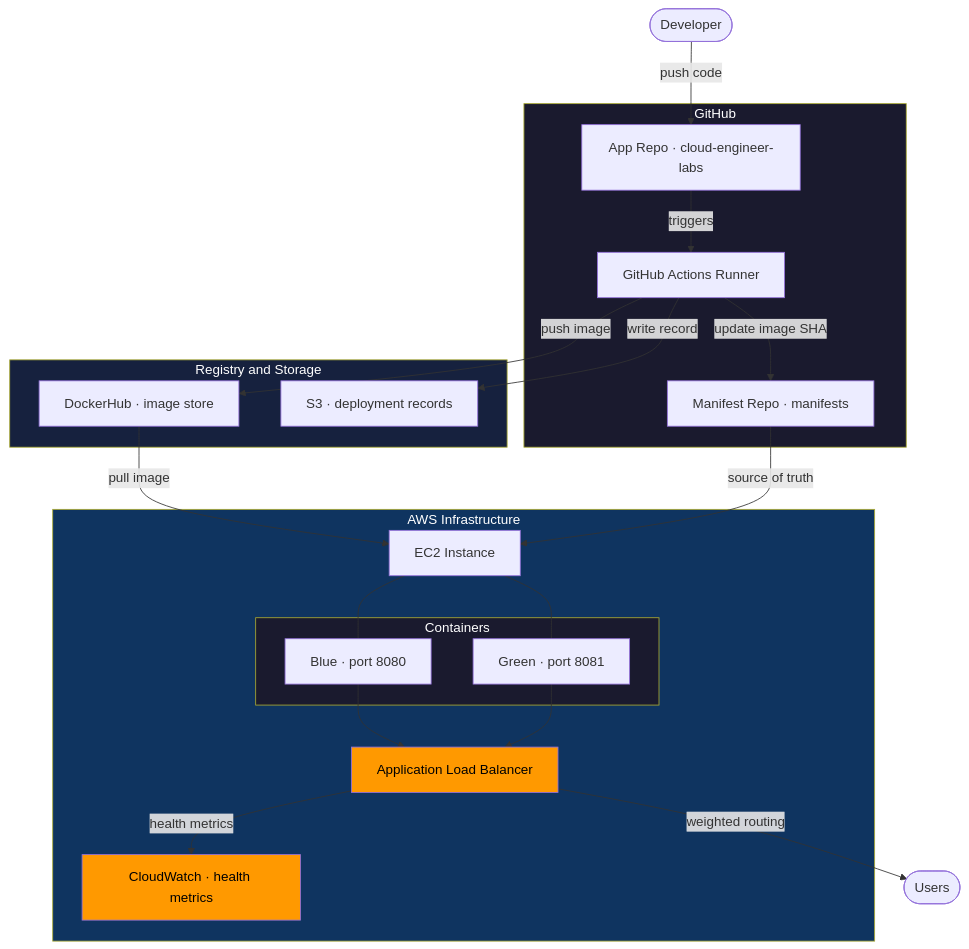
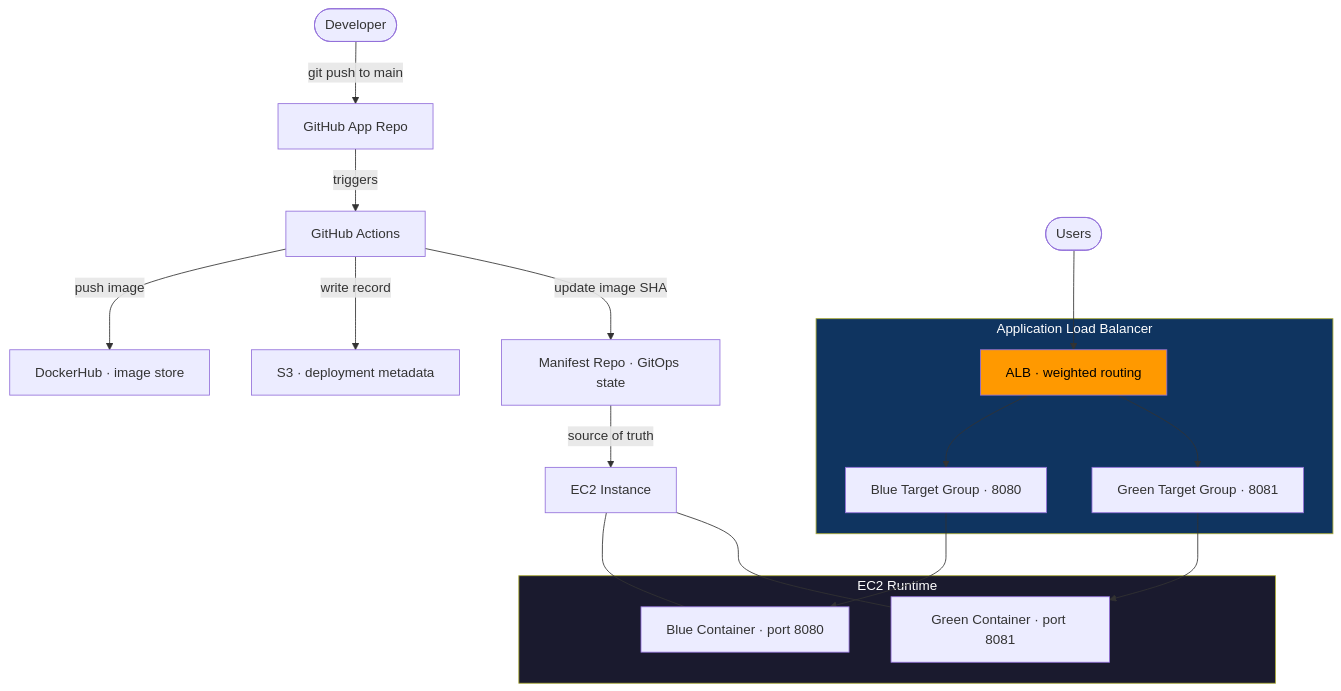
Before and after one commit to VeeraReddyRavuri/secure-cicd-gitops-pipeline: the first of 2 diagrams in README.md, drawn with Mermaid. The commit also changed other lines of this file and 5 other files, not shown here.

````diff
--- a/README.md
+++ b/README.md
@@ -44,48 +57,34 @@
 ```mermaid
 flowchart TD
-    DEV([Developer])
+    DEV([Developer]) -->|git push to main| GH[GitHub App Repo]
+    GH -->|triggers| GA[GitHub Actions]
 
-    subgraph GITHUB ["GitHub"]
-        APP[App Repo · cloud-engineer-labs]
-        MANIFEST[Manifest Repo · manifests]
-        GA[GitHub Actions Runner]
+    GA -->|push image| DH[DockerHub · image store]
+    GA -->|write record| S3[S3 · deployment metadata]
+    GA -->|update image SHA| MR[Manifest Repo · GitOps state]
+
+    MR -->|source of truth| EC2[EC2 Instance]
+
+    subgraph EC2_RUNTIME ["EC2 Runtime"]
+        BLUE[Blue Container · port 8080]
+        GREEN[Green Container · port 8081]
     end
 
-    subgraph REGISTRY ["Registry and Storage"]
-        DH[DockerHub · image store]
-        S3[S3 · deployment records]
+    EC2 --- BLUE
+    EC2 --- GREEN
+
+    subgraph ALB_LAYER ["Application Load Balancer"]
+        ALB[ALB · weighted routing]
+        TGB[Blue Target Group · 8080]
+        TGG[Green Target Group · 8081]
     end
 
-    subgraph AWS ["AWS Infrastructure"]
-        EC2[EC2 Instance]
-        subgraph CONTAINERS ["Containers"]
-            BLUE[Blue · port 8080]
-            GREEN[Green · port 8081]
-        end
-        ALB[Application Load Balancer]
-        CW[CloudWatch · health metrics]
-    end
+    ALB --> TGB --> BLUE
+    ALB --> TGG --> GREEN
 
-    USERS([Users])
+    USERS([Users]) --> ALB
 
-    DEV -->|push code| APP
-    APP -->|triggers| GA
-    GA -->|push image| DH
-    GA -->|write record| S3
-    GA -->|update image SHA| MANIFEST
-    DH -->|pull image| EC2
-    MANIFEST -->|source of truth| EC2
-    EC2 --- BLUE
-    EC2 --- GREEN
-    BLUE --> ALB
-    GREEN --> ALB
-    ALB -->|weighted routing| USERS
-    ALB -->|health metrics| CW
-
-    style GITHUB fill:#1a1a2e,color:#fff
-    style REGISTRY fill:#16213e,color:#fff
-    style AWS fill:#0f3460,color:#fff
-    style CONTAINERS fill:#1a1a2e,color:#fff
+    style EC2_RUNTIME fill:#1a1a2e,color:#fff
+    style ALB_LAYER fill:#0f3460,color:#fff
     style ALB fill:#FF9900,color:#000
-    style CW fill:#FF9900,color:#000
 ```
````
